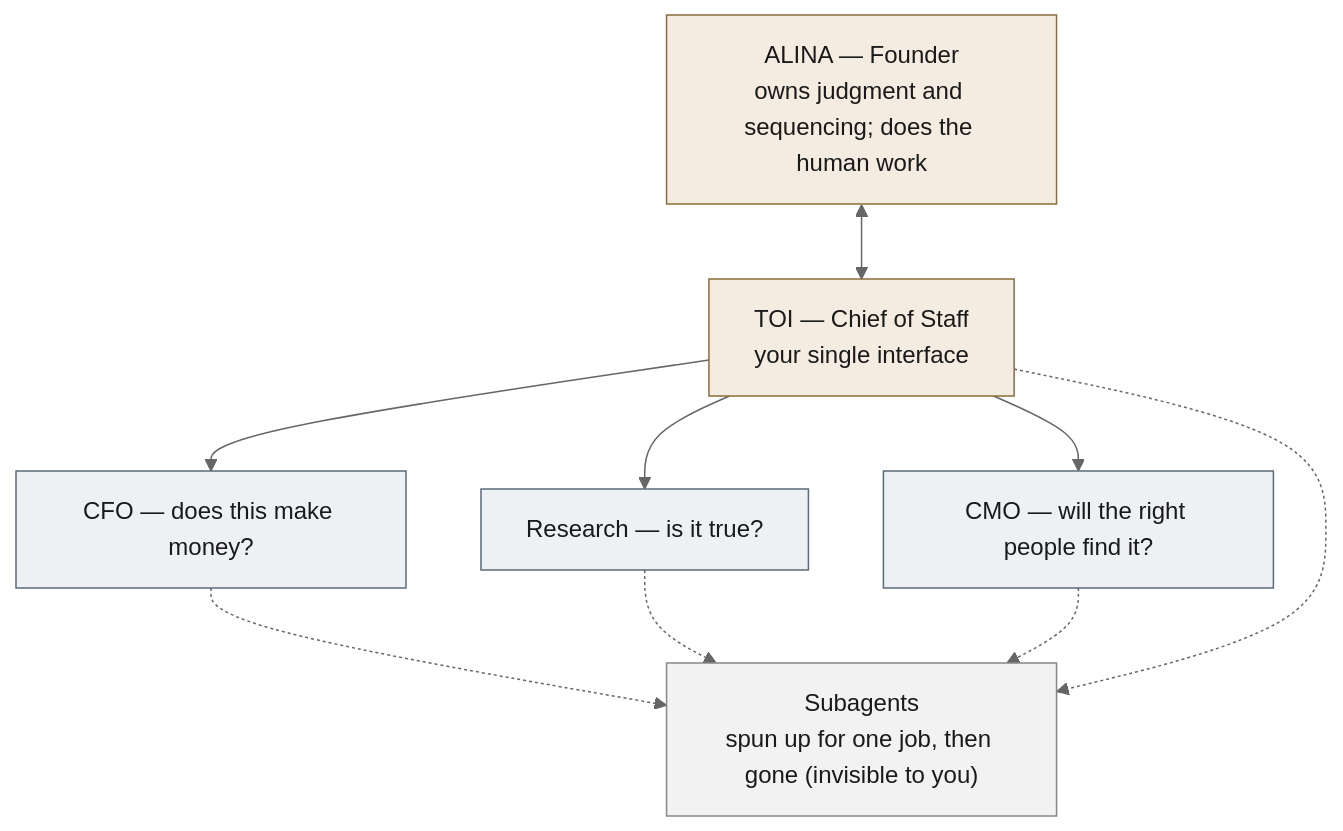
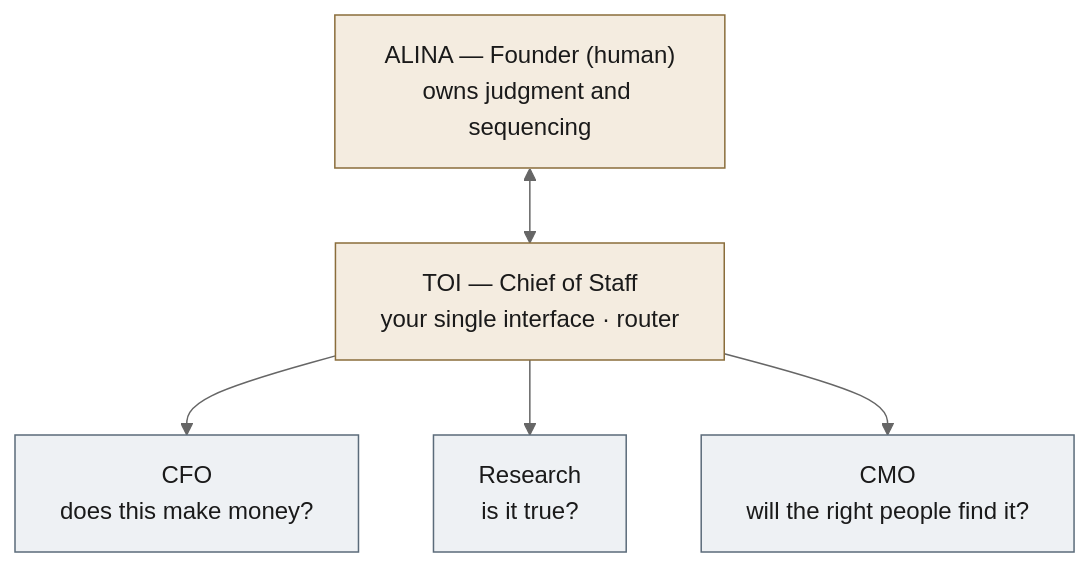
The diagram in company/executive-model.md (alinaokun/nariway-art), drawn with Mermaid (neutral theme) before and after one commit. The commit also changed other lines of this file, not shown here.

Commit message:
Redesign executive-model around the concrete digital-workforce roster (6 live agents + on-demand); add visual org chart; audit confirms optimal placement

````diff
--- a/company/executive-model.md
+++ b/company/executive-model.md
@@ -7,25 +6,16 @@
 ```mermaid
 flowchart TD
-    A["ALINA — Founder<br/>owns judgment and sequencing; does the human work"]
-    TOI["TOI — Chief of Staff<br/>your single interface"]
-    CFO["CFO — does this make money?"]
-    RES["Research — is it true?"]
-    CMO["CMO — will the right people find it?"]
-    SUB["Subagents<br/>spun up for one job, then gone (invisible to you)"]
-
+    A["ALINA — Founder (human)<br/>owns judgment and sequencing"]
+    TOI["TOI — Chief of Staff<br/>your single interface · router"]
+    CFO["CFO<br/>does this make money?"]
+    RES["Research<br/>is it true?"]
+    CMO["CMO<br/>will the right people find it?"]
     A <--> TOI
     TOI --> CFO
     TOI --> RES
     TOI --> CMO
-    CFO -.-> SUB
-    RES -.-> SUB
-    CMO -.-> SUB
-    TOI -.-> SUB
-
     classDef founder fill:#f4ece0,stroke:#8a6d3b,color:#1a1a1a;
     classDef lens fill:#eef1f4,stroke:#5b6b7a,color:#1a1a1a;
-    classDef sub fill:#f2f2f2,stroke:#888,color:#1a1a1a;
     class A,TOI founder;
     class CFO,RES,CMO lens;
-    class SUB sub;
 ```
````
